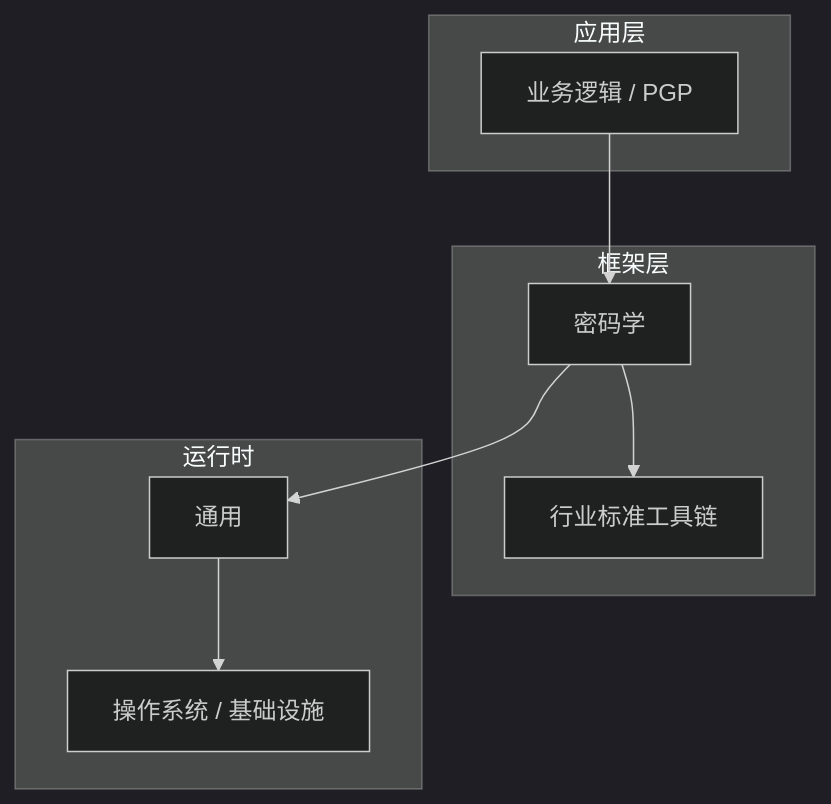
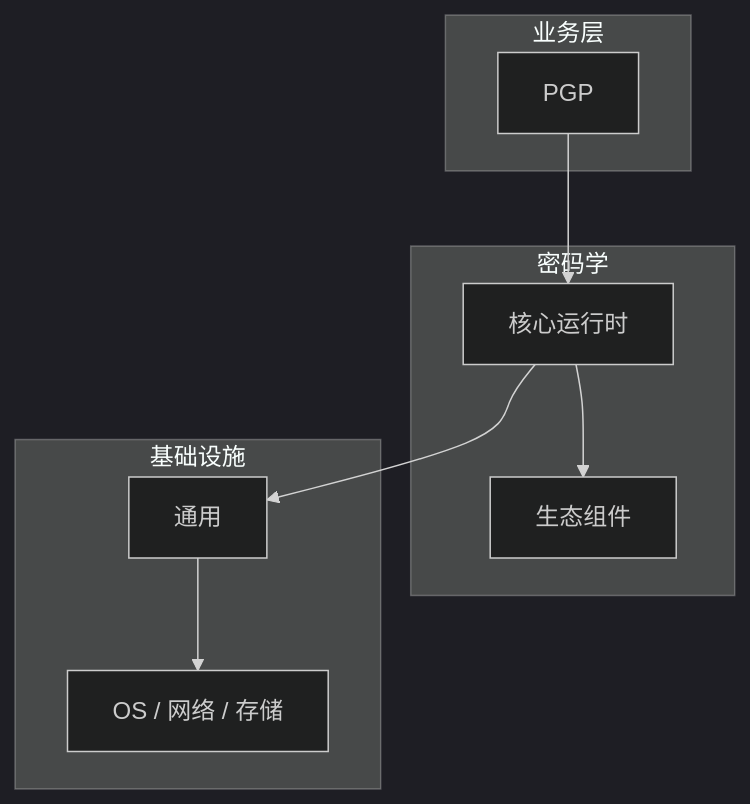
Before and after one commit to yanggan2015/knowledge-json-v2: the diagram in articles/密码学/chapters/091-PGP核心概念与原理.md, drawn with Mermaid (dark theme). The commit also changed other lines of this file and 10127 other files, not shown here.

````diff
--- a/articles/密码学/chapters/091-PGP核心概念与原理.md
+++ b/articles/密码学/chapters/091-PGP核心概念与原理.md
@@ -46,18 +31,18 @@
 ```mermaid
 graph TB
-    subgraph 应用层
-        A[业务逻辑 / PGP]
+    subgraph 业务层
+        A[PGP]
     end
-    subgraph 框架层
-        B[密码学]
-        C[行业标准工具链]
+    subgraph 密码学
+        B[核心运行时]
+        C[生态组件]
     end
-    subgraph 运行时
+    subgraph 基础设施
         D[通用]
-        E[操作系统 / 基础设施]
+        E[OS / 网络 / 存储]
     end
     A --> B
     B --> C
     B --> D
     D --> E
 ```
````
